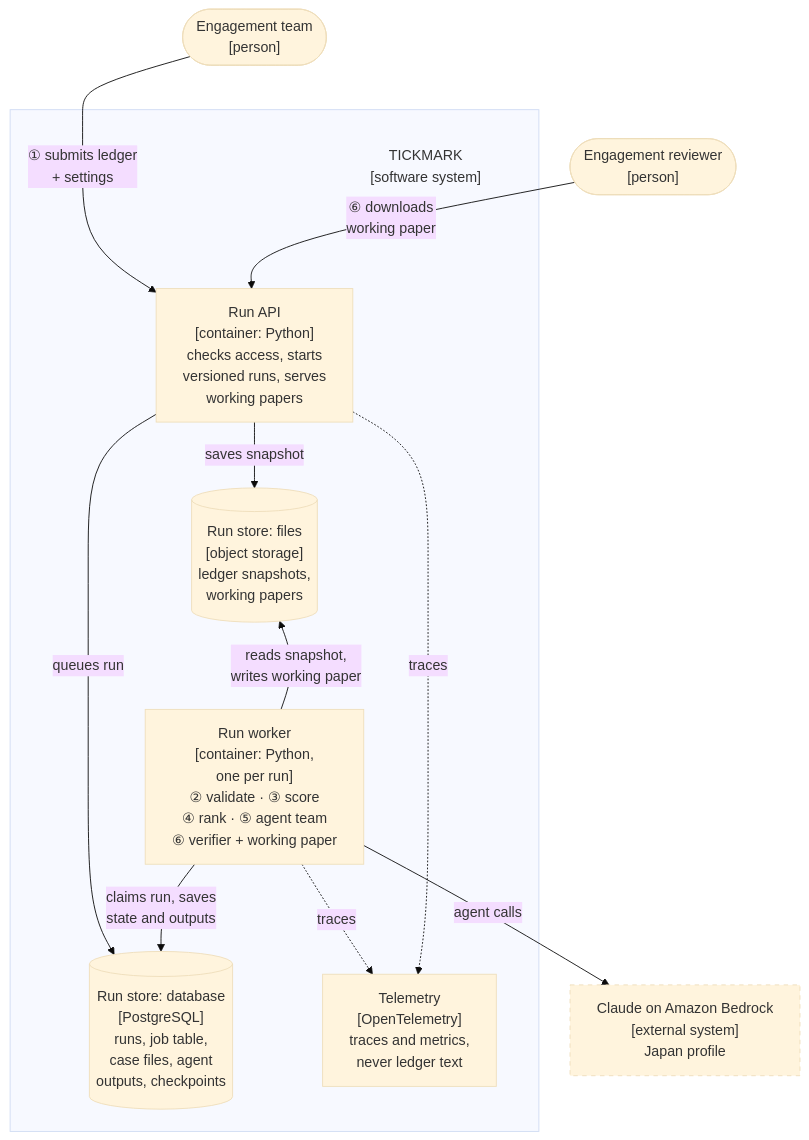
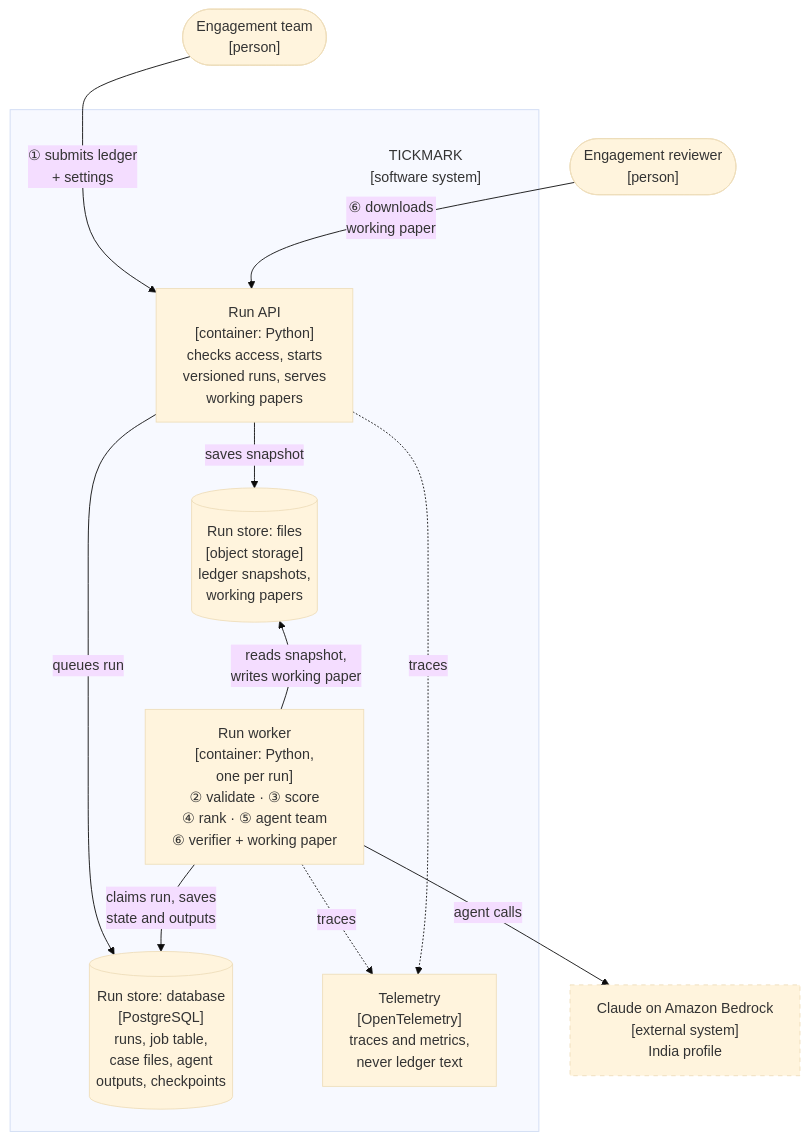
Before and after one commit to HashanEranga/tickmark: the diagram in docs/diagrams/c4-containers.md, drawn with Mermaid (base theme). The commit also changed other lines of this file and 8 other files, not shown here.

````diff
--- a/docs/diagrams/c4-containers.md
+++ b/docs/diagrams/c4-containers.md
@@ -5,35 +5,35 @@
 ```mermaid
 flowchart TB
     team(["Engagement team<br/>[person]"])
     reviewer(["Engagement reviewer<br/>[person]"])
 
     subgraph tick[" "]
         tickTag["TICKMARK<br/>[software system]"]
         api["Run API<br/>[container: Python]<br/>checks access, starts<br/>versioned runs, serves<br/>working papers"]
         worker["Run worker<br/>[container: Python,<br/>one per run]<br/>② validate · ③ score<br/>④ rank · ⑤ agent team<br/>⑥ verifier + working paper"]
         db[("Run store: database<br/>[PostgreSQL]<br/>runs, job table,<br/>case files, agent<br/>outputs, checkpoints")]
         files[("Run store: files<br/>[object storage]<br/>ledger snapshots,<br/>working papers")]
         otel["Telemetry<br/>[OpenTelemetry]<br/>traces and metrics,<br/>never ledger text"]
     end
 
-    model["Claude on Amazon Bedrock<br/>[external system]<br/>Japan profile"]
+    model["Claude on Amazon Bedrock<br/>[external system]<br/>India profile"]
 
     team -->|"① submits ledger<br/>+ settings"| api
     reviewer -->|"⑥ downloads<br/>working paper"| api
     api -->|"saves snapshot"| files
     api -->|"queues run"| db
     worker -->|"reads snapshot,<br/>writes working paper"| files
     worker -->|"claims run, saves<br/>state and outputs"| db
     worker -->|"agent calls"| model
     worker -.->|"traces"| otel
     api -.->|"traces"| otel
 
     team ~~~ tickTag ~~~ api
     files ~~~ worker
     db ~~~ worker
 
     classDef tag fill:none,stroke:none
     classDef external stroke-dasharray: 5 5
     class tickTag tag
     class model external
 ```
````
